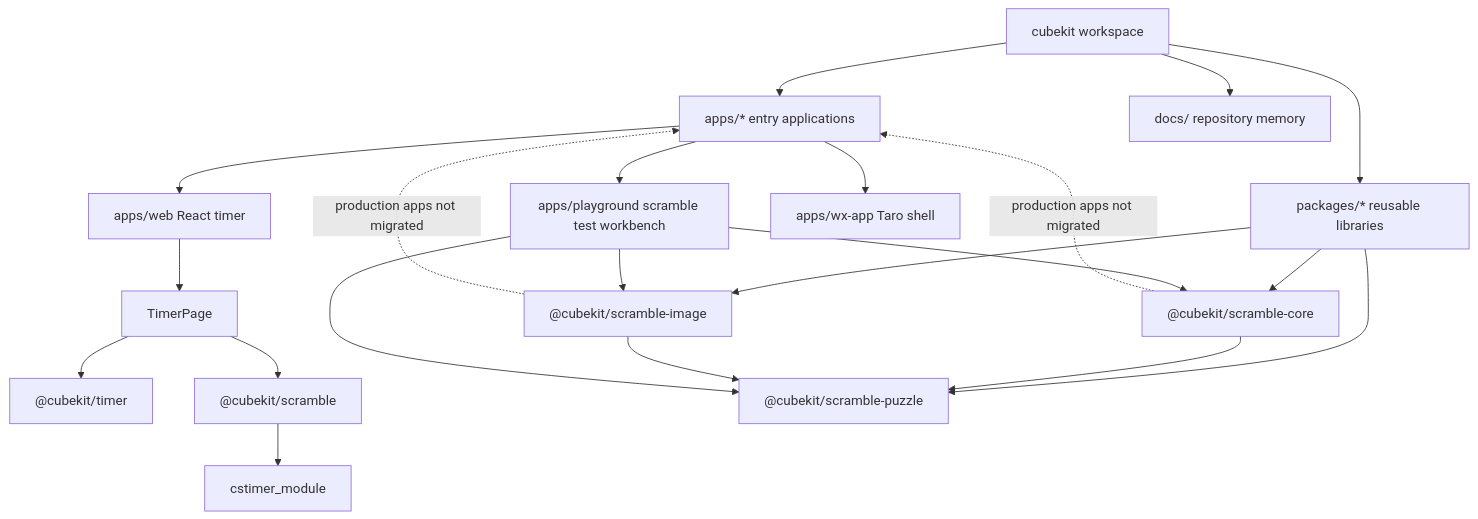
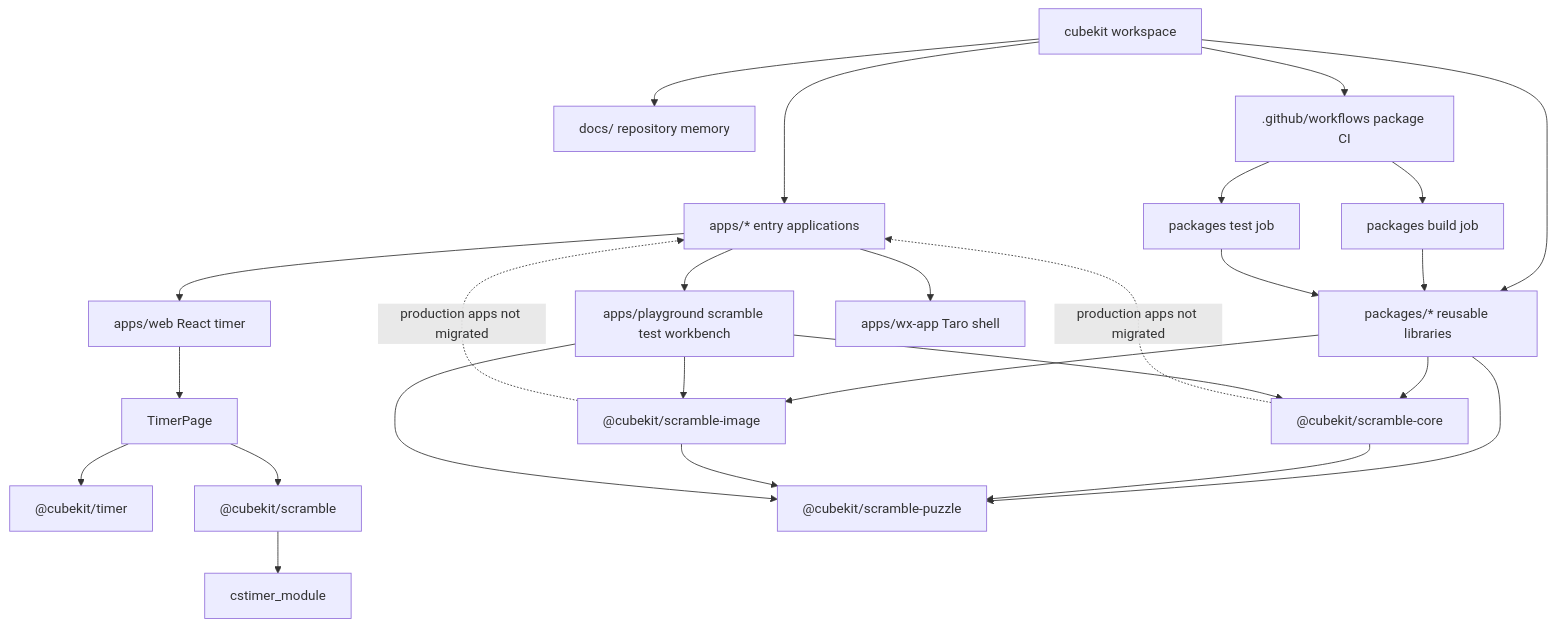
Before and after one commit to deweyou/cube-kit: the diagram in docs/project-structure.md, drawn with Mermaid. The commit also changed other lines of this file and 1 other file, not shown here.

Commit message:
ci: add package build and test jobs

````diff
--- a/docs/project-structure.md
+++ b/docs/project-structure.md
@@ -3,23 +3,28 @@
 ```mermaid
 flowchart TD
     Root["cubekit workspace"] --> Apps["apps/* entry applications"]
     Root --> Packages["packages/* reusable libraries"]
     Root --> Docs["docs/ repository memory"]
+    Root --> Ci[".github/workflows package CI"]
     Apps --> Web["apps/web React timer"]
     Apps --> Playground["apps/playground scramble test workbench"]
     Apps --> Wx["apps/wx-app Taro shell"]
     Web --> TimerPage["TimerPage"]
     TimerPage --> TimerPkg["@cubekit/timer"]
     TimerPage --> ScramblePkg["@cubekit/scramble"]
     ScramblePkg --> Cstimer["cstimer_module"]
     Packages --> PuzzlePkg["@cubekit/scramble-puzzle"]
     Packages --> CorePkg["@cubekit/scramble-core"]
     Packages --> ImagePkg["@cubekit/scramble-image"]
     CorePkg --> PuzzlePkg
     ImagePkg --> PuzzlePkg
     Playground --> CorePkg
     Playground --> ImagePkg
     Playground --> PuzzlePkg
     CorePkg -. "production apps not migrated" .-> Apps
     ImagePkg -. "production apps not migrated" .-> Apps
+    Ci --> PackageBuild["packages build job"]
+    Ci --> PackageTest["packages test job"]
+    PackageBuild --> Packages
+    PackageTest --> Packages
 ```
````
